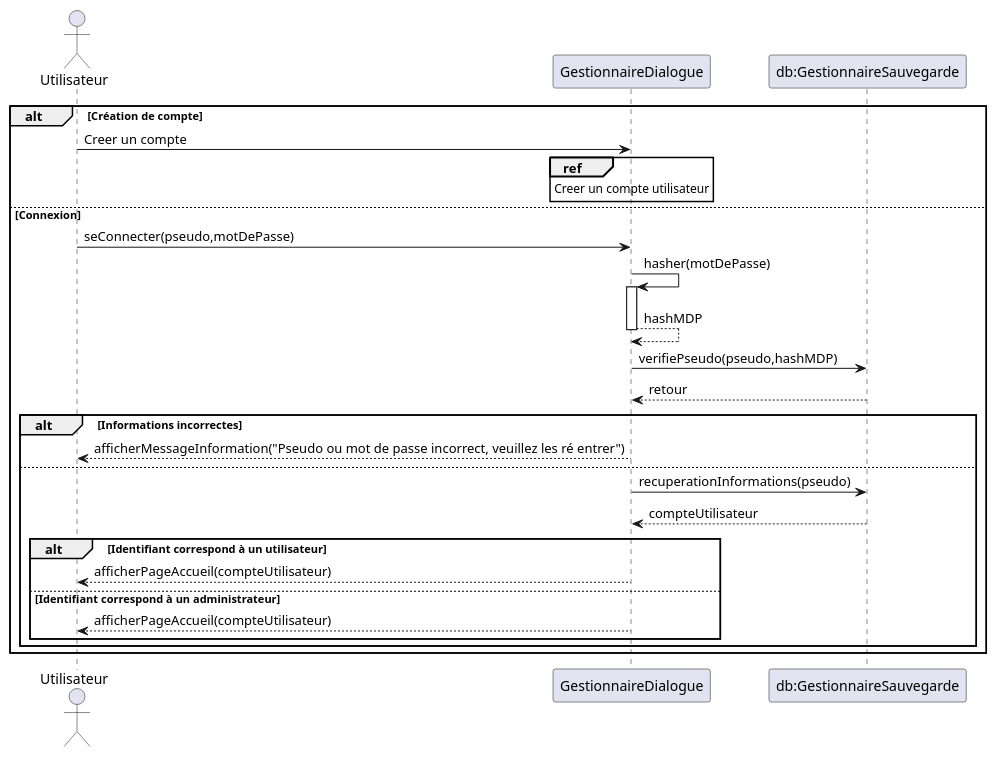
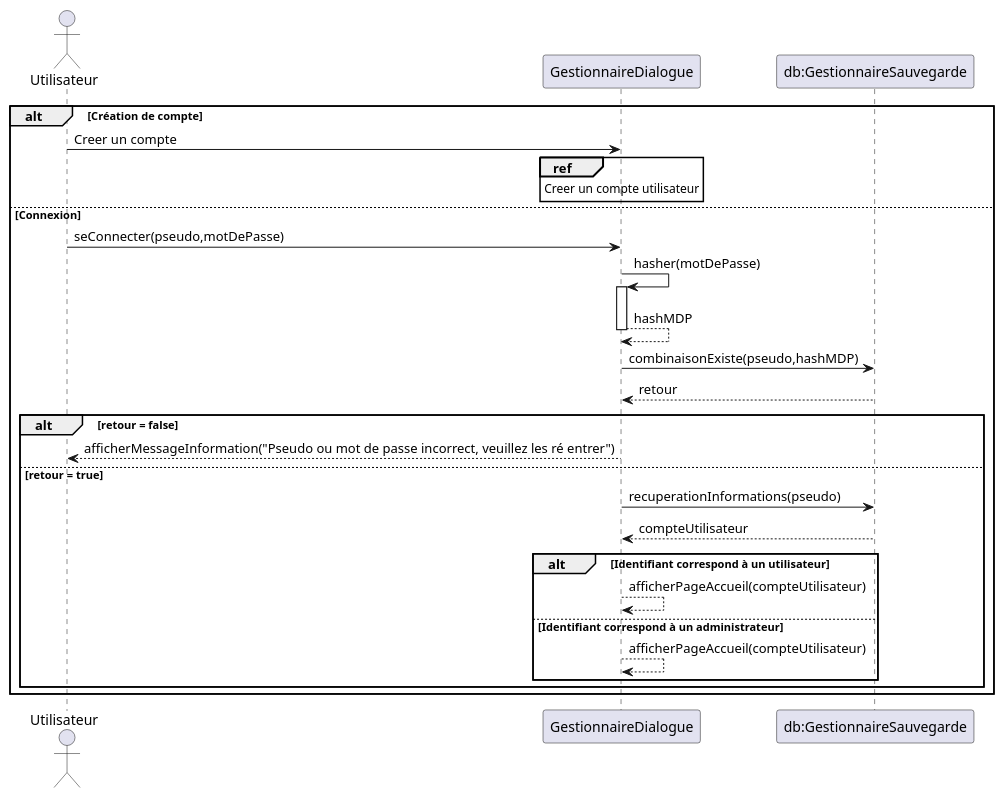
One commit to lmtb06/sharecount changed the diagram in diagrammes/conception/se-connecter-ou-creer-son-compte.puml. Above: the diagram before and after it, drawn with PlantUML. The commit also changed 1 other file, not shown here.

```diff
--- a/diagrammes/conception/se-connecter-ou-creer-son-compte.puml
+++ b/diagrammes/conception/se-connecter-ou-creer-son-compte.puml
@@ -1,38 +1,38 @@
 @startuml Se connecter ou créer son compte
 
 actor "Utilisateur" as us
 participant "GestionnaireDialogue" as gd
 participant "db:GestionnaireSauvegarde" as gs
 
 alt Création de compte
 
 us -> gd : Creer un compte
 ref over gd : Creer un compte utilisateur
 else Connexion
 
 us -> gd : seConnecter(pseudo,motDePasse)
 gd 	-> gd ++: hasher(motDePasse)
 gd 	--> gd --: hashMDP
-gd -> gs : verifiePseudo(pseudo,hashMDP)
+gd -> gs : combinaisonExiste(pseudo,hashMDP)
 gs --> gd : retour
 
-alt Informations incorrectes
+alt retour = false
 gd --> us : afficherMessageInformation("Pseudo ou mot de passe incorrect, veuillez les ré entrer")
-else
+else retour = true
 
 gd -> gs : recuperationInformations(pseudo)
 gs --> gd : compteUtilisateur
 
 alt Identifiant correspond à un utilisateur
-gd --> us : afficherPageAccueil(compteUtilisateur)
+gd --> gd : afficherPageAccueil(compteUtilisateur)
 else Identifiant correspond à un administrateur
 
-gd --> us : afficherPageAccueil(compteUtilisateur)
+gd --> gd : afficherPageAccueil(compteUtilisateur)
 
 end
 
 end
 
 end
 
 @enduml
```
